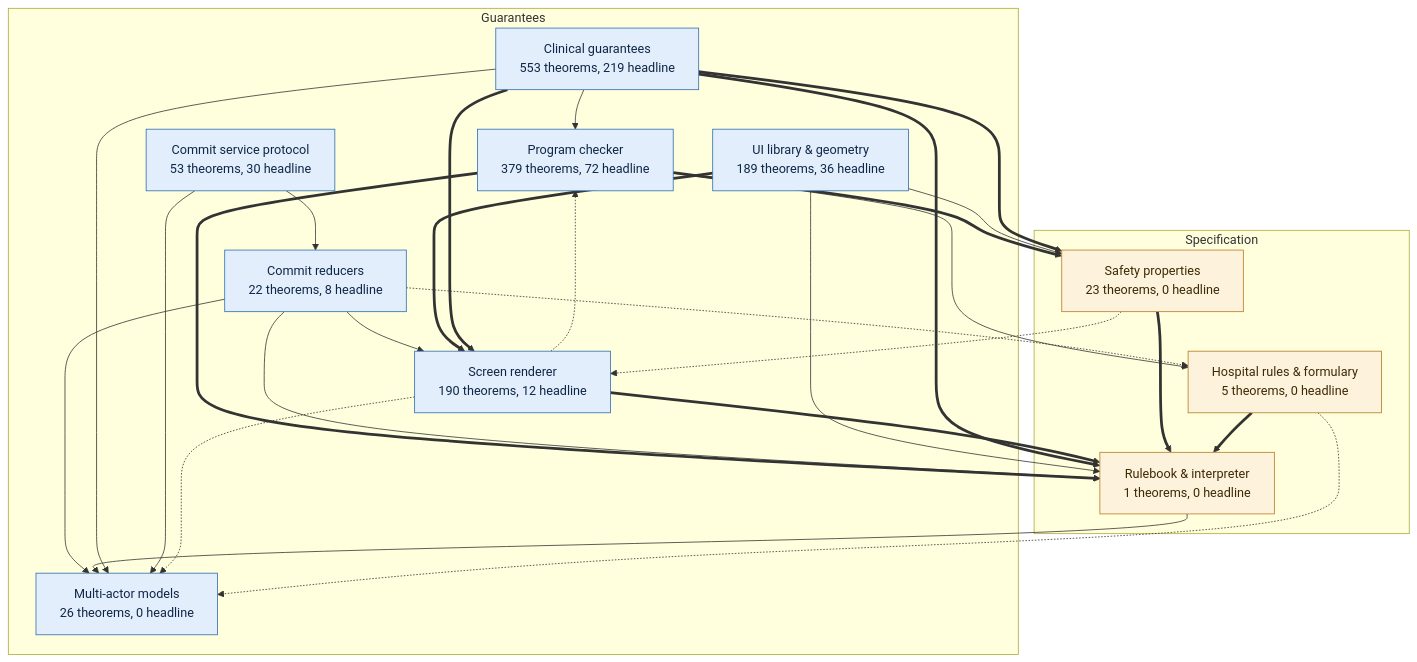
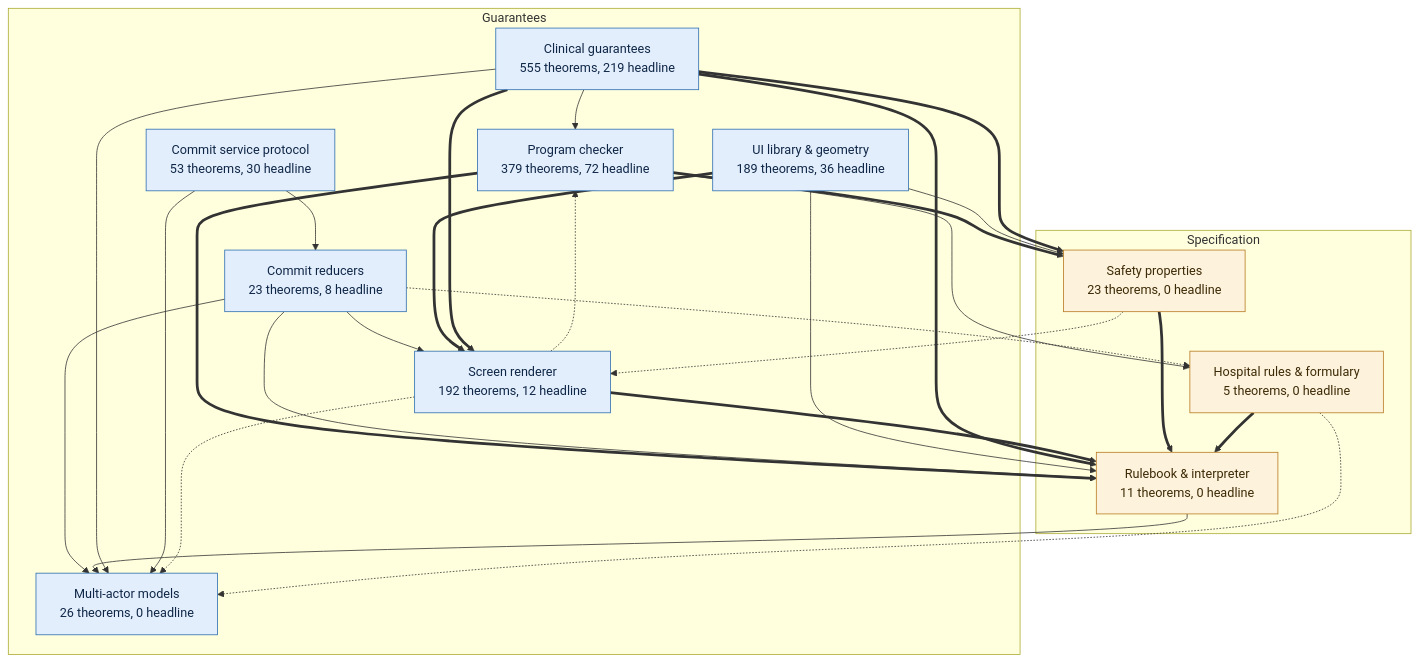
Before and after one commit to saithat/VGI-Health: the first of 9 diagrams in docs/proof-map.md, drawn with Mermaid. The commit also changed 74 other files, not shown here.

````diff
--- a/docs/proof-map.md
+++ b/docs/proof-map.md
@@ -15,44 +15,44 @@
 ```mermaid
 flowchart TB
   subgraph guar_g["Guarantees"]
-    proofs["Clinical guarantees<br/>553 theorems, 219 headline"]:::guar
+    proofs["Clinical guarantees<br/>555 theorems, 219 headline"]:::guar
     check["Program checker<br/>379 theorems, 72 headline"]:::guar
-    render["Screen renderer<br/>190 theorems, 12 headline"]:::guar
+    render["Screen renderer<br/>192 theorems, 12 headline"]:::guar
     layout["UI library &amp; geometry<br/>189 theorems, 36 headline"]:::guar
-    commit["Commit reducers<br/>22 theorems, 8 headline"]:::guar
+    commit["Commit reducers<br/>23 theorems, 8 headline"]:::guar
     protocol["Commit service protocol<br/>53 theorems, 30 headline"]:::guar
     multi["Multi-actor models<br/>26 theorems, 0 headline"]:::guar
   end
   subgraph spec_g["Specification"]
-    core["Rulebook &amp; interpreter<br/>1 theorems, 0 headline"]:::spec
+    core["Rulebook &amp; interpreter<br/>11 theorems, 0 headline"]:::spec
     props["Safety properties<br/>23 theorems, 0 headline"]:::spec
     specs["Hospital rules &amp; formulary<br/>5 theorems, 0 headline"]:::spec
   end
   check ==> core
   check ==> props
   check --> specs
   commit --> core
   commit --> multi
   commit --> render
   commit -.-> specs
   core --> multi
   layout --> core
   layout --> props
   layout ==> render
   proofs --> check
   proofs ==> core
   proofs --> multi
   proofs ==> props
   proofs ==> render
   props ==> core
   props -.-> render
   protocol --> commit
   protocol --> multi
   render -.-> check
   render ==> core
   render -.-> multi
   specs ==> core
   specs -.-> multi
   classDef spec fill:#fdf3dc,stroke:#b7791f,color:#3d2a06
   classDef guar fill:#e3eefc,stroke:#2b6cb0,color:#0f2747
 ```
````
